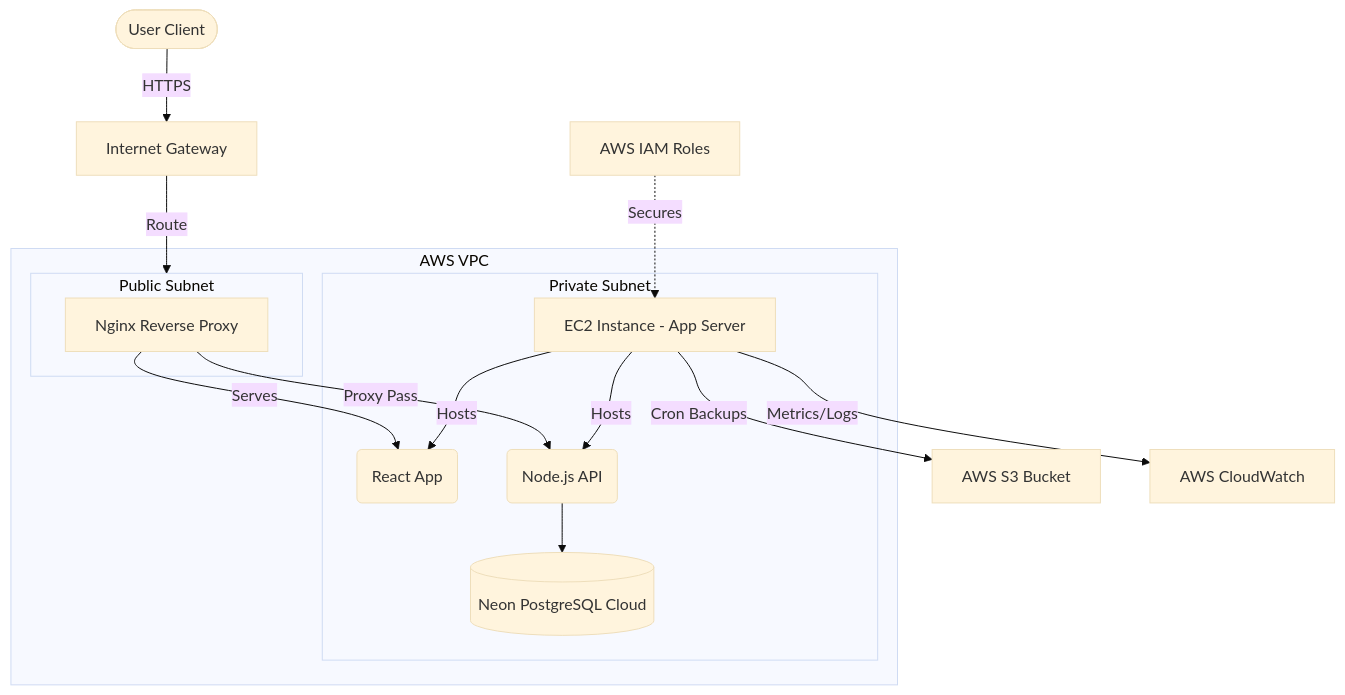
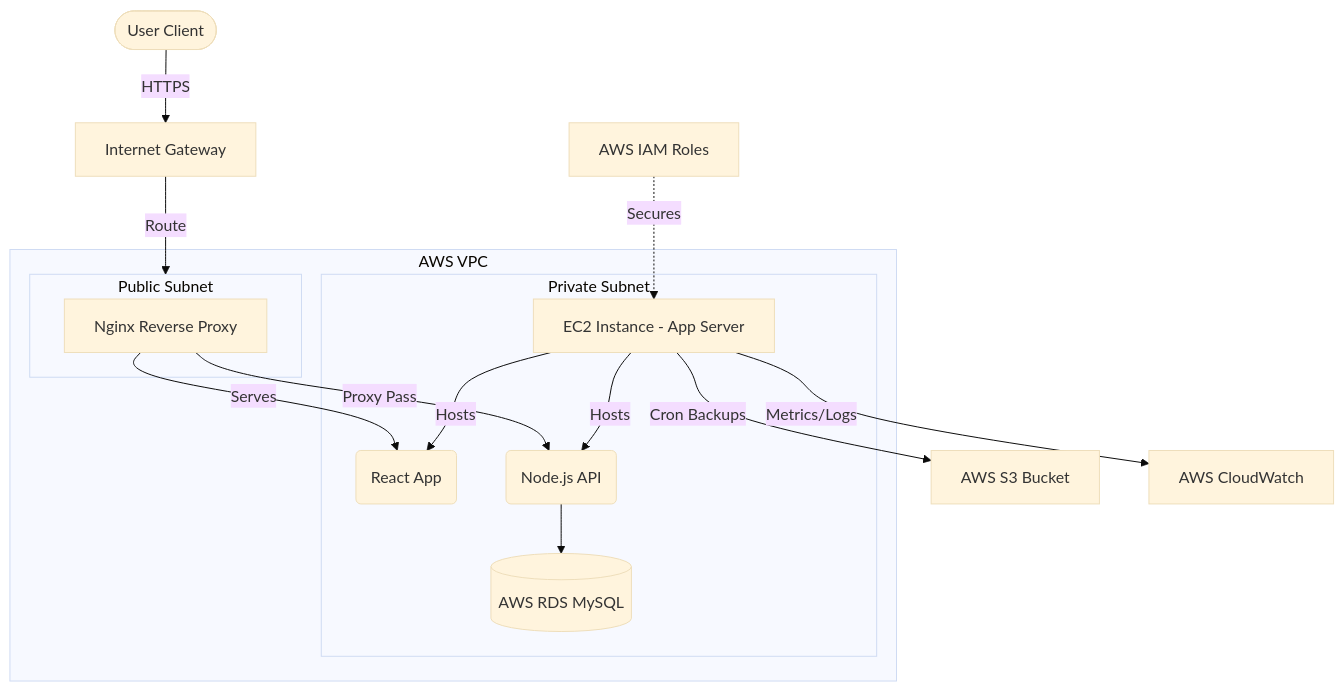
One commit to sujalwarke28/ReOm.Co changed the diagram in docs/AWS_Architecture_Design.md. Above: the diagram before and after it, drawn with Mermaid (base theme). The commit also changed 9 other files, not shown here.

Commit message:
docs: update architecture references to AWS RDS and MySQL

````diff
--- a/docs/AWS_Architecture_Design.md
+++ b/docs/AWS_Architecture_Design.md
@@ -17,26 +17,26 @@
 ```mermaid
 graph TD
     User([User Client]) -->|HTTPS| IGW[Internet Gateway]
     IGW -->|Route| PublicSubnet
     
     subgraph VPC [AWS VPC]
         subgraph PublicSubnet [Public Subnet]
             Nginx[Nginx Reverse Proxy]
         end
         
         subgraph PrivateSubnet [Private Subnet]
             EC2[EC2 Instance - App Server]
             EC2 -->|Hosts| Frontend(React App)
             EC2 -->|Hosts| Backend(Node.js API)
             
-            Backend --> DBConn[(Neon PostgreSQL Cloud)]
+            Backend --> DBConn[(AWS RDS MySQL)]
         end
     end
     
     Nginx -->|Proxy Pass| Backend
     Nginx -->|Serves| Frontend
     
     EC2 -->|Cron Backups| S3[AWS S3 Bucket]
     EC2 -->|Metrics/Logs| CloudWatch[AWS CloudWatch]
     IAM[AWS IAM Roles] -.->|Secures| EC2
 ```
````
